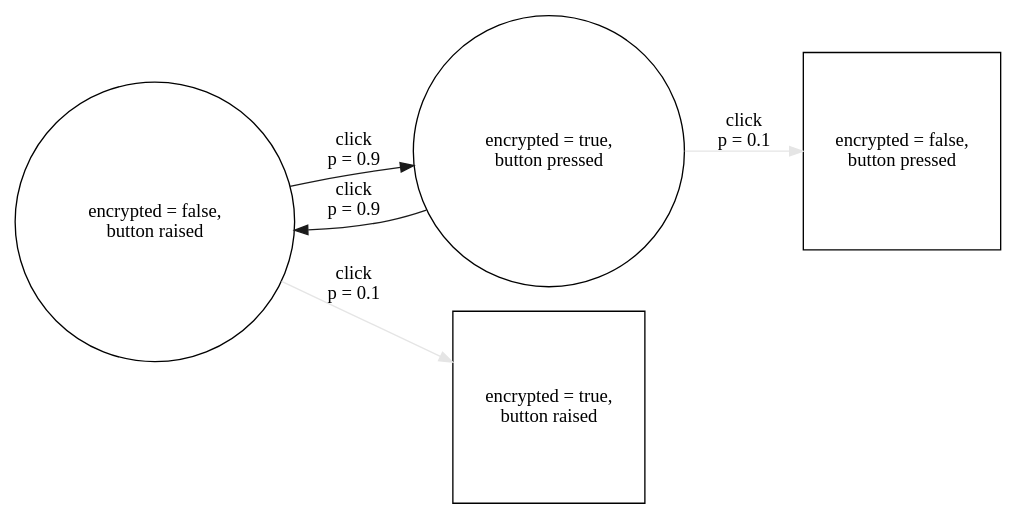
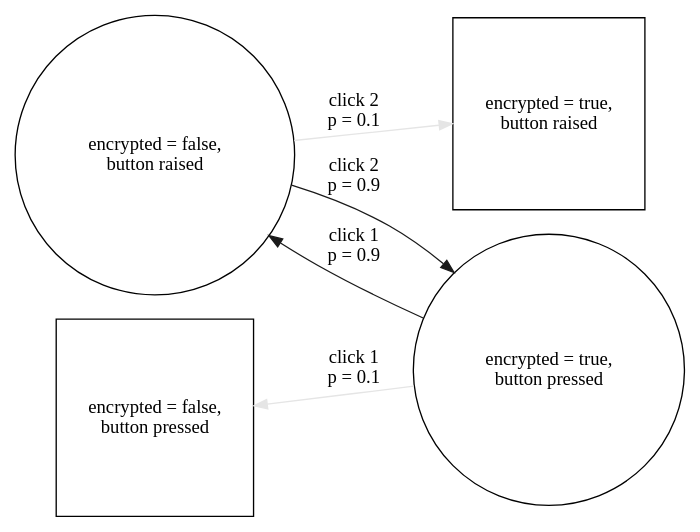
The diagram in 02-simple-boolean-with-confusion.dot (adrifelt/ux-model-graphs), drawn with Graphviz before and after one commit. The commit also changed 1 other file, not shown here.

```diff
--- a/02-simple-boolean-with-confusion.dot
+++ b/02-simple-boolean-with-confusion.dot
@@ -1,18 +1,21 @@
 digraph "02-simple-boolean-with-confusion" {
   rankdir = LR;
   node [
     shape = circle
   ];
 
   off [ label = "encrypted = false,\nbutton raised" ];
   on [ label = "encrypted = true,\nbutton pressed" ];
 
   off_confused [ label = "encrypted = true,\nbutton raised", shape = square ];
   on_confused [ label = "encrypted = false,\nbutton pressed", shape = square ];
 
-  on -> on_confused [ label = "click\np = 0.1", color = grey90 ];
-  on -> off [ label = "click\np = 0.9", color = grey10 ];
+  subgraph { rank = same; on_confused; off; };
+  subgraph { rank = same; off_confused; on; };
 
-  off -> off_confused [ label = "click\np = 0.1", color = grey90 ];
-  off -> on [ label = "click\np = 0.9", color = grey10];
+  on -> on_confused [ label = "click 1\np = 0.1", color = grey90 ];
+  on -> off [ label = "click 1\np = 0.9", color = grey10 ];
+
+  off -> off_confused [ label = "click 2\np = 0.1", color = grey90 ];
+  off -> on [ label = "click 2\np = 0.9", color = grey10];
 }
```
